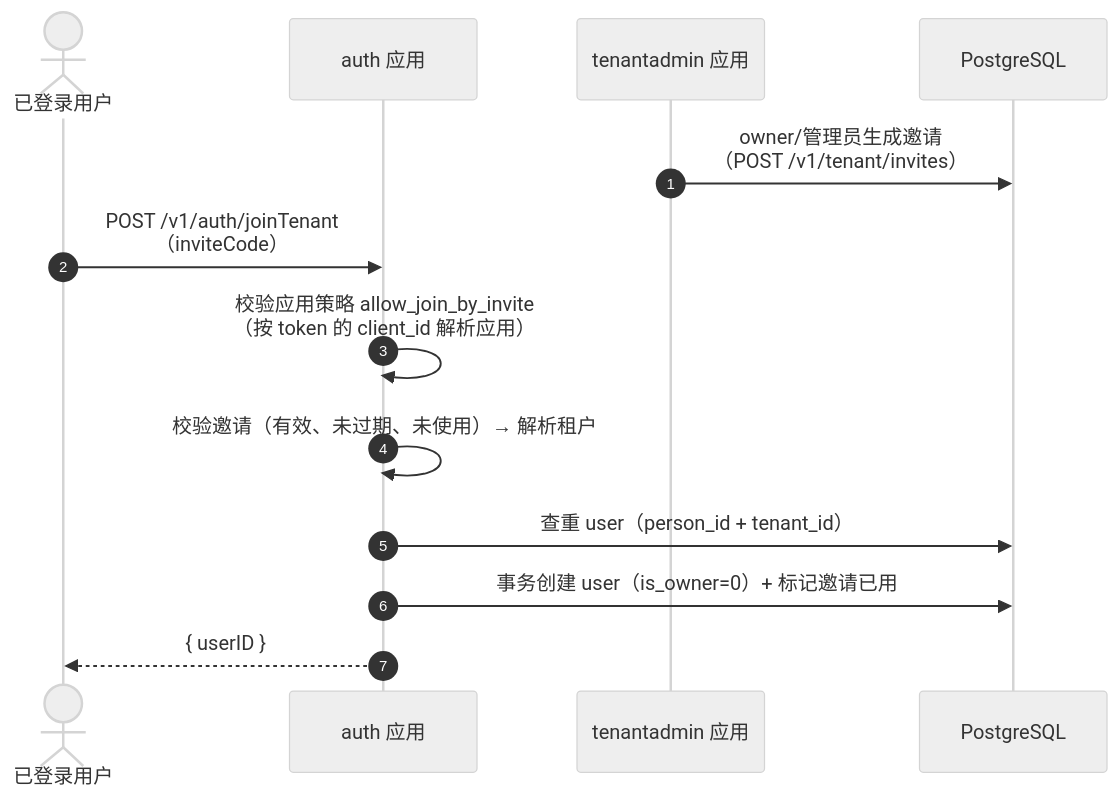
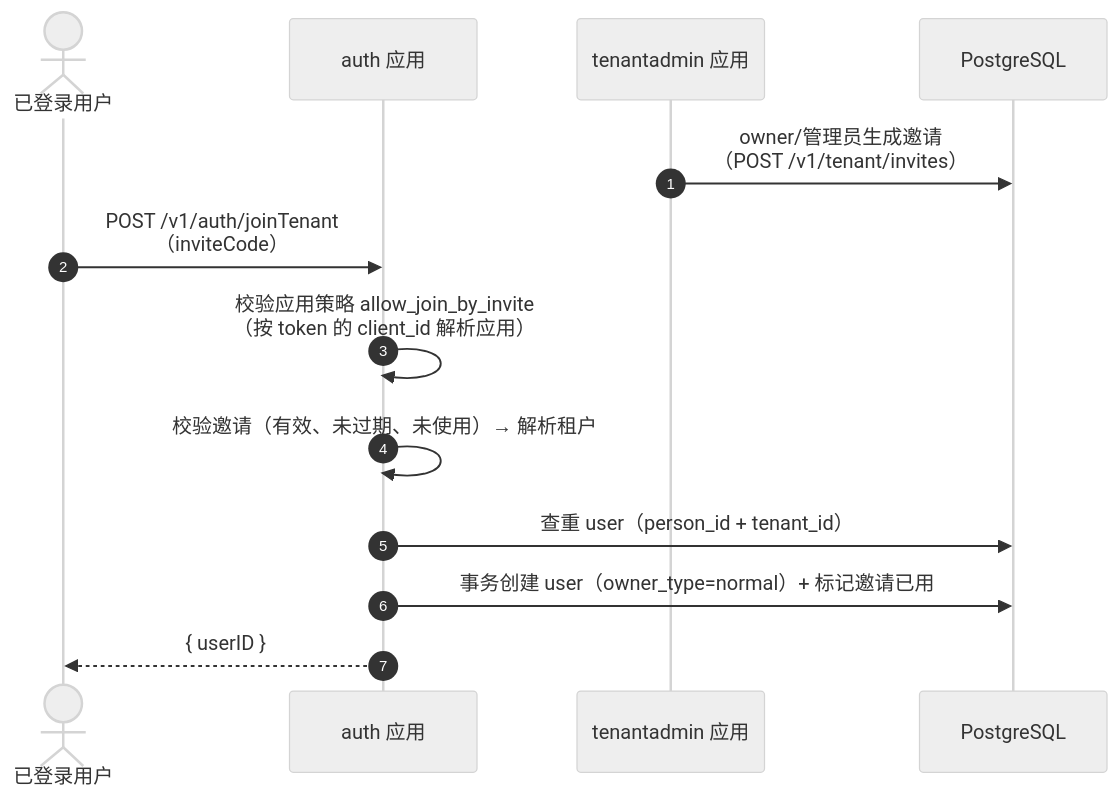
The fifth of 15 diagrams in docs/design/system-design.md (morehao/ark-iam), drawn with Mermaid (neutral theme) before and after one commit. The commit also changed other lines of this file and 195 other files, not shown here.

````diff
--- a/docs/design/system-design.md
+++ b/docs/design/system-design.md
@@ -631,16 +616,16 @@
 ```mermaid
 sequenceDiagram
     autonumber
     actor U as 已登录用户
     participant A as auth 应用
     participant AT as tenantadmin 应用
     participant DB as PostgreSQL
 
     AT->>DB: owner/管理员生成邀请<br/>（POST /v1/tenant/invites）
     U->>A: POST /v1/auth/joinTenant<br/>（inviteCode）
     A->>A: 校验应用策略 allow_join_by_invite<br/>（按 token 的 client_id 解析应用）
     A->>A: 校验邀请（有效、未过期、未使用）→ 解析租户
     A->>DB: 查重 user（person_id + tenant_id）
-    A->>DB: 事务创建 user（is_owner=0）+ 标记邀请已用
+    A->>DB: 事务创建 user（owner_type=normal）+ 标记邀请已用
     A-->>U: { userID }
 ```
````
